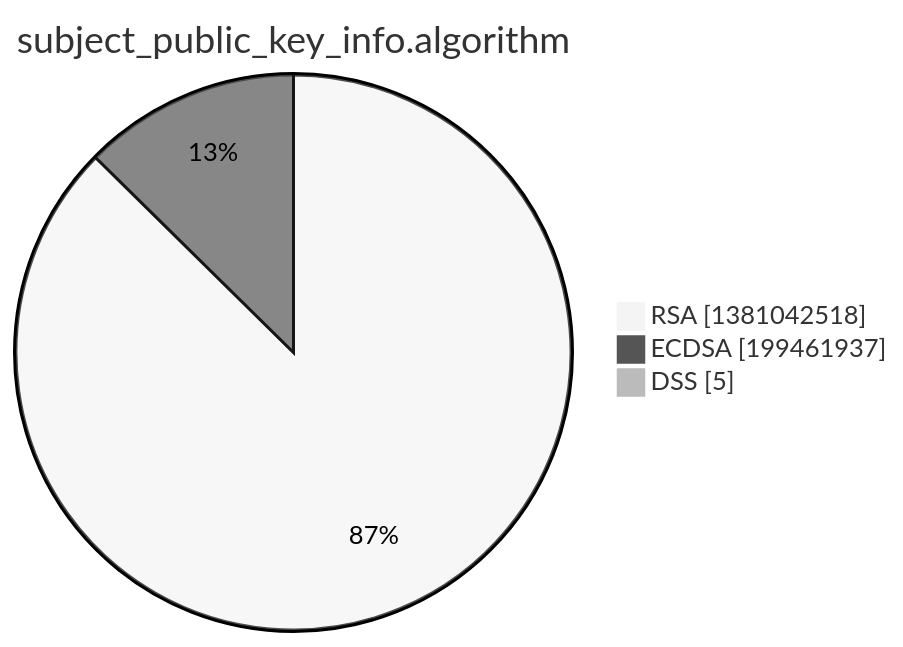
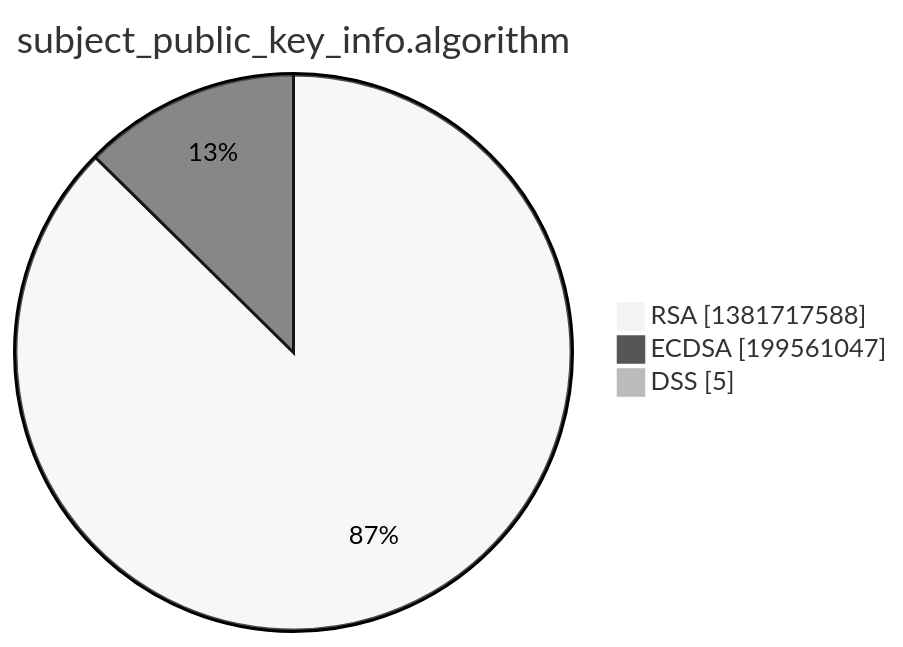
The third of 15 diagrams in xenon2022/README.md (christiankrug/ctmonitor_visualization), drawn with Mermaid (neutral theme) before and after one commit. The commit also changed other lines of this file, not shown here.

````diff
--- a/xenon2022/README.md
+++ b/xenon2022/README.md
@@ -14,7 +14,7 @@
 ```mermaid
 pie showData
 title subject_public_key_info.algorithm
-"RSA" :1381042518
-"ECDSA" :199461937
+"RSA" :1381717588
+"ECDSA" :199561047
 "DSS" :5
 ```
````
